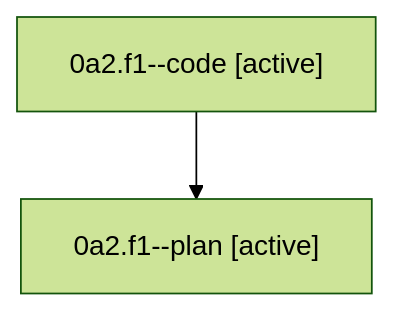
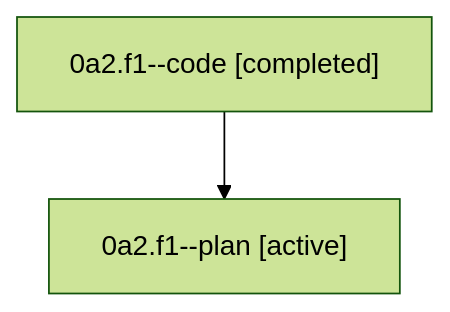
One commit to sase-org/sase--agents changed the diagram in families/bbugyi200.athena.0a2.f1.md. Above: the diagram before and after it, drawn with Mermaid (forest theme). The commit also changed other lines of this file and 35830 other files, not shown here.

````diff
--- a/families/bbugyi200.athena.0a2.f1.md
+++ b/families/bbugyi200.athena.0a2.f1.md
@@ -9,6 +9,6 @@
 ```mermaid
 flowchart TD
-  n0["0a2.f1--code [active]"]
+  n0["0a2.f1--code [completed]"]
   n1["0a2.f1--plan [active]"]
   n0 --> n1
 ```
````
